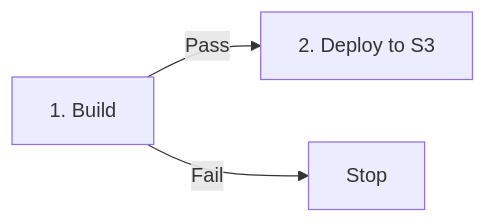
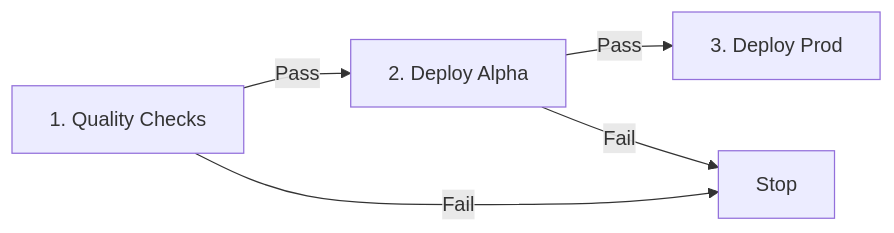
The second of 4 diagrams in docs/PIPELINE.md (Aadil221/EPAFinalProject), drawn with Mermaid before and after one commit. The commit also changed other lines of this file and 1 other file, not shown here.

Commit message:
fix: update pipeline docs to reflect Alpha + Prod deployment stages

````diff
--- a/docs/PIPELINE.md
+++ b/docs/PIPELINE.md
@@ -27,5 +27,7 @@
 ```mermaid
 graph LR
-    A[1. Build] -->|Pass| B[2. Deploy to S3]
+    A[1. Quality Checks] -->|Pass| B[2. Deploy Alpha]
+    B -->|Pass| C[3. Deploy Prod]
     A -->|Fail| X[Stop]
+    B -->|Fail| X
 ```
````
